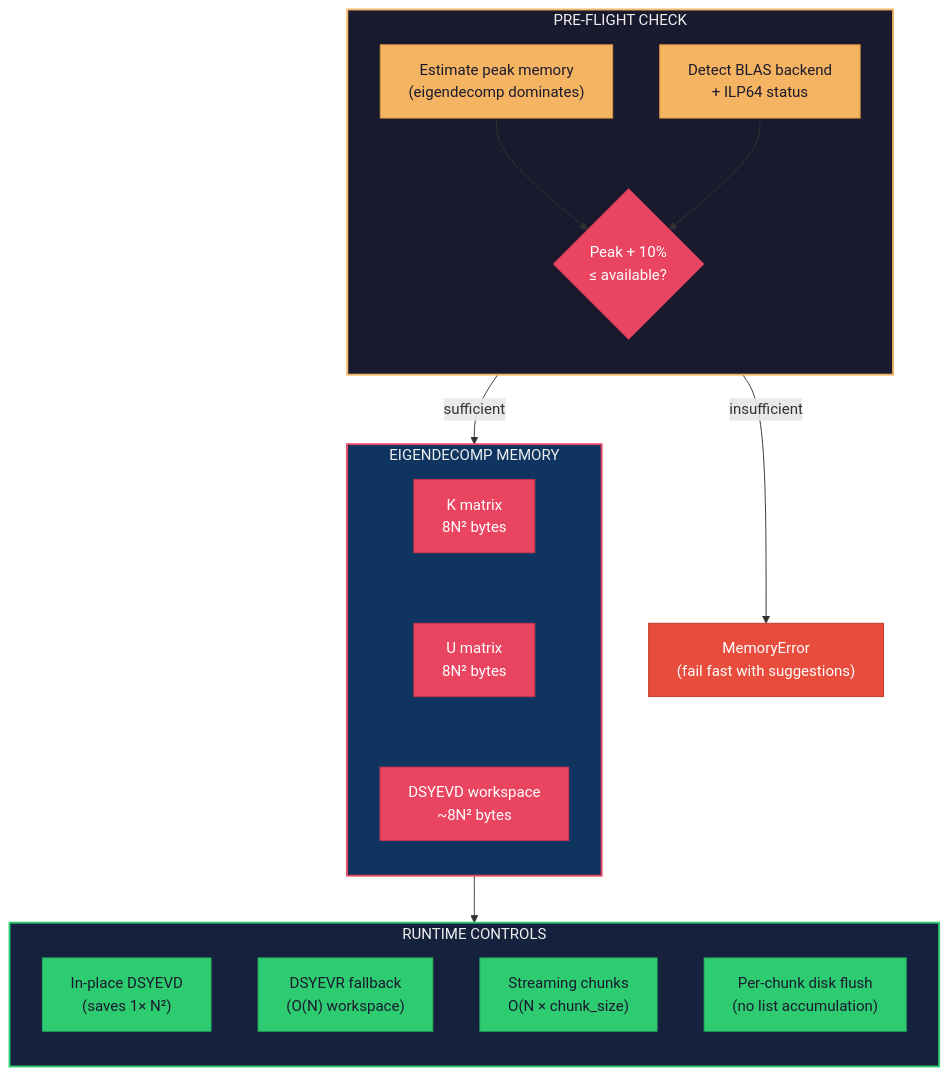
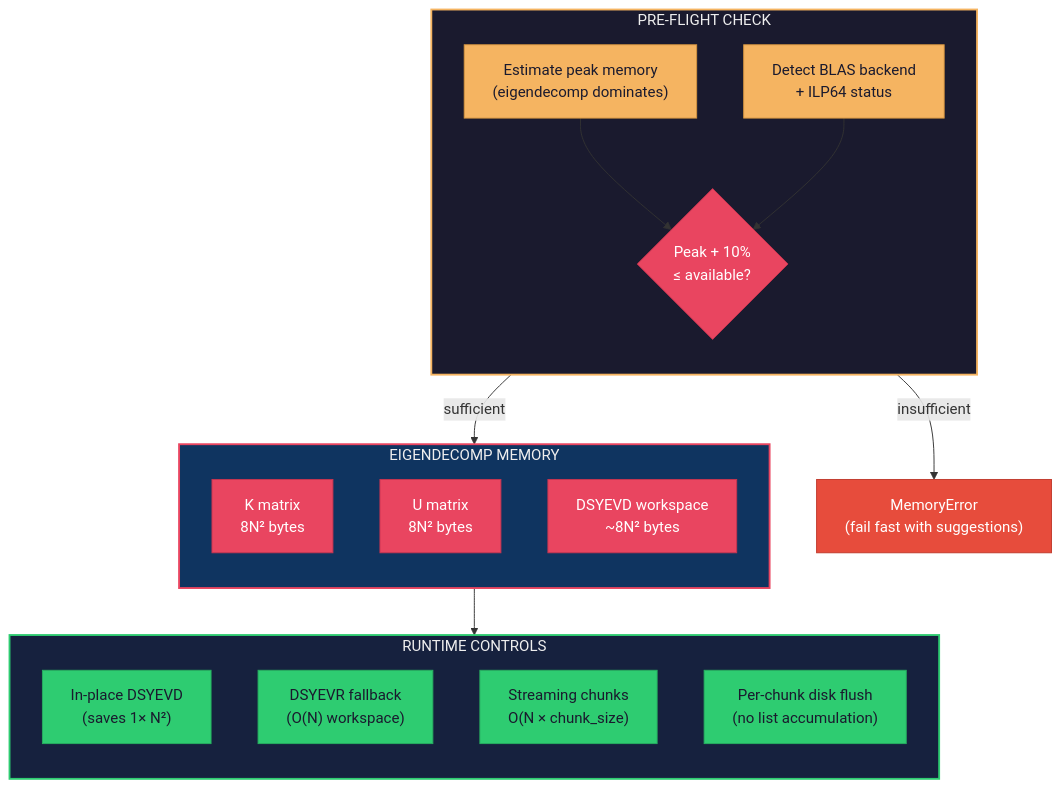
The third of 3 diagrams in docs/USER_GUIDE.md (michael-denyer/jamma), drawn with Mermaid before and after one commit. The commit also changed other lines of this file and 27 other files, not shown here.

First line of the commit message:
chore: expand lint/CI coverage — markdown, spell, mermaid, symlinks, osv cron

````diff
--- a/docs/USER_GUIDE.md
+++ b/docs/USER_GUIDE.md
@@ -790,48 +792,47 @@
 ```mermaid
 flowchart TD
     subgraph PREFLIGHT["PRE-FLIGHT CHECK"]
         direction TB
         EST["Estimate peak memory\n(eigendecomp dominates)"]
         BLAS["Detect BLAS backend\n+ ILP64 status"]
         EST --> GATE{"Peak + 10%\n≤ available?"}
         BLAS --> GATE
     end
 
     subgraph EIGEN_MEM["EIGENDECOMP MEMORY"]
         direction TB
-        KM["K matrix\n8N² bytes"]
-        UM["U matrix\n8N² bytes"]
-        WK["DSYEVD workspace\n~8N² bytes"]
-        KM ~~~ UM ~~~ WK
+        KM["K matrix<br/>8N² bytes"]
+        UM["U matrix<br/>8N² bytes"]
+        WK["DSYEVD workspace<br/>~8N² bytes"]
     end
 
     subgraph RUNTIME["RUNTIME CONTROLS"]
         direction TB
         INPLACE["In-place DSYEVD\n(saves 1× N²)"]
         FALLBACK["DSYEVR fallback\n(O(N) workspace)"]
         CHUNK["Streaming chunks\nO(N × chunk_size)"]
         FLUSH["Per-chunk disk flush\n(no list accumulation)"]
     end
 
-    GATE -->|"sufficient"| EIGEN_MEM
-    GATE -->|"insufficient"| FAIL["MemoryError\n(fail fast with suggestions)"]
+    GATE -->|sufficient| EIGEN_MEM
+    GATE -->|insufficient| FAIL["MemoryError<br/>(fail fast with suggestions)"]
     EIGEN_MEM --> RUNTIME
 
     style PREFLIGHT fill:#1a1a2e,stroke:#f5b461,color:#eee,stroke-width:2px
     style EIGEN_MEM fill:#0f3460,stroke:#e94560,color:#eee,stroke-width:2px
     style RUNTIME fill:#16213e,stroke:#2ecc71,color:#eee,stroke-width:2px
 
     style EST fill:#f5b461,stroke:#d4943f,color:#1a1a2e
     style BLAS fill:#f5b461,stroke:#d4943f,color:#1a1a2e
     style GATE fill:#e94560,stroke:#c73550,color:#fff
     style FAIL fill:#e74c3c,stroke:#c0392b,color:#fff
 
     style KM fill:#e94560,stroke:#c73550,color:#fff
     style UM fill:#e94560,stroke:#c73550,color:#fff
     style WK fill:#e94560,stroke:#c73550,color:#fff
 
     style INPLACE fill:#2ecc71,stroke:#27ae60,color:#1a1a2e
     style FALLBACK fill:#2ecc71,stroke:#27ae60,color:#1a1a2e
     style CHUNK fill:#2ecc71,stroke:#27ae60,color:#1a1a2e
     style FLUSH fill:#2ecc71,stroke:#27ae60,color:#1a1a2e
 ```
````
